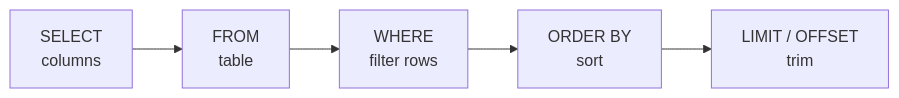
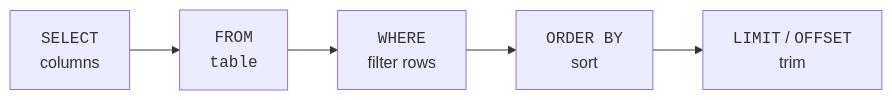
Before and after one commit to dataslope/dataslope: the second of 2 diagrams in content/learn/intro-sql-postgres/sorting-and-limiting.mdx, drawn with Mermaid. The commit also changed 56 other files, not shown here.

````diff
--- a/content/learn/intro-sql-postgres/sorting-and-limiting.mdx
+++ b/content/learn/intro-sql-postgres/sorting-and-limiting.mdx
@@ -143,7 +143,7 @@
 ```mermaid
 flowchart LR
-    S["SELECT<br/>columns"] --> F["FROM<br/>table"]
-    F --> W["WHERE<br/>filter rows"]
-    W --> O["ORDER BY<br/>sort"]
-    O --> L["LIMIT / OFFSET<br/>trim"]
+    S["<code>SELECT</code><br/>columns"] --> F["<code>FROM<br/>table</code>"]
+    F --> W["<code>WHERE</code><br/>filter rows"]
+    W --> O["<code>ORDER BY</code><br/>sort"]
+    O --> L["<code>LIMIT</code> / <code>OFFSET</code><br/>trim"]
 ```
````
